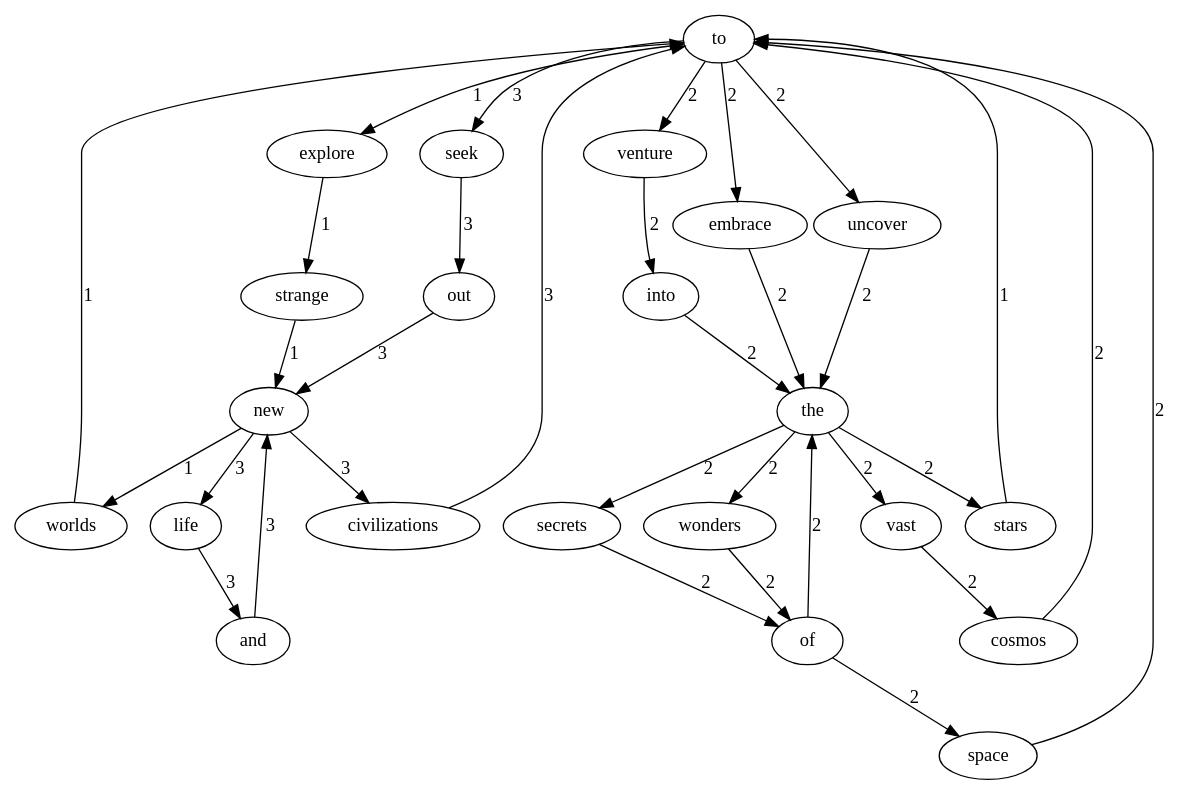
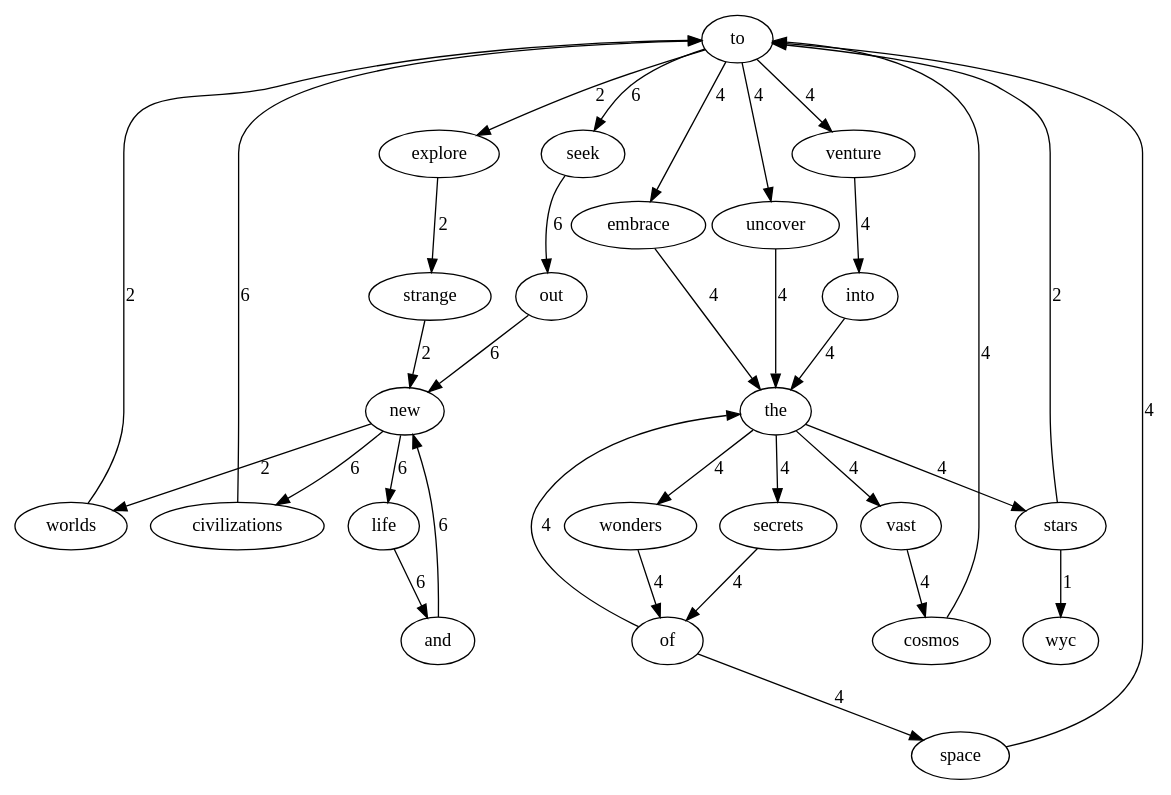
Before and after one commit to vic-yichen/Lab1-2021110640: the diagram in out/text/output.dot, drawn with Graphviz. The commit also changed 3 other files, not shown here.

```diff
--- a/out/text/output.dot
+++ b/out/text/output.dot
@@ -1,35 +1,36 @@
 digraph G {
     "to" [root=true];
-    "new" -> "worlds" [label="1"];
-    "new" -> "civilizations" [label="3"];
-    "new" -> "life" [label="3"];
-    "worlds" -> "to" [label="1"];
-    "explore" -> "strange" [label="1"];
-    "embrace" -> "the" [label="2"];
-    "cosmos" -> "to" [label="2"];
-    "uncover" -> "the" [label="2"];
-    "stars" -> "to" [label="1"];
-    "seek" -> "out" [label="3"];
-    "secrets" -> "of" [label="2"];
-    "strange" -> "new" [label="1"];
-    "life" -> "and" [label="3"];
-    "venture" -> "into" [label="2"];
-    "space" -> "to" [label="2"];
-    "out" -> "new" [label="3"];
-    "the" -> "wonders" [label="2"];
-    "the" -> "vast" [label="2"];
-    "the" -> "stars" [label="2"];
-    "the" -> "secrets" [label="2"];
-    "into" -> "the" [label="2"];
-    "wonders" -> "of" [label="2"];
-    "and" -> "new" [label="3"];
-    "of" -> "the" [label="2"];
-    "of" -> "space" [label="2"];
-    "to" -> "explore" [label="1"];
-    "to" -> "embrace" [label="2"];
-    "to" -> "uncover" [label="2"];
-    "to" -> "seek" [label="3"];
-    "to" -> "venture" [label="2"];
-    "vast" -> "cosmos" [label="2"];
-    "civilizations" -> "to" [label="3"];
+    "new" -> "worlds" [label="2"];
+    "new" -> "civilizations" [label="6"];
+    "new" -> "life" [label="6"];
+    "worlds" -> "to" [label="2"];
+    "explore" -> "strange" [label="2"];
+    "embrace" -> "the" [label="4"];
+    "cosmos" -> "to" [label="4"];
+    "uncover" -> "the" [label="4"];
+    "stars" -> "wyc" [label="1"];
+    "stars" -> "to" [label="2"];
+    "seek" -> "out" [label="6"];
+    "secrets" -> "of" [label="4"];
+    "strange" -> "new" [label="2"];
+    "life" -> "and" [label="6"];
+    "venture" -> "into" [label="4"];
+    "space" -> "to" [label="4"];
+    "out" -> "new" [label="6"];
+    "the" -> "wonders" [label="4"];
+    "the" -> "vast" [label="4"];
+    "the" -> "stars" [label="4"];
+    "the" -> "secrets" [label="4"];
+    "into" -> "the" [label="4"];
+    "wonders" -> "of" [label="4"];
+    "and" -> "new" [label="6"];
+    "of" -> "the" [label="4"];
+    "of" -> "space" [label="4"];
+    "to" -> "explore" [label="2"];
+    "to" -> "embrace" [label="4"];
+    "to" -> "uncover" [label="4"];
+    "to" -> "seek" [label="6"];
+    "to" -> "venture" [label="4"];
+    "vast" -> "cosmos" [label="4"];
+    "civilizations" -> "to" [label="6"];
 }
```
